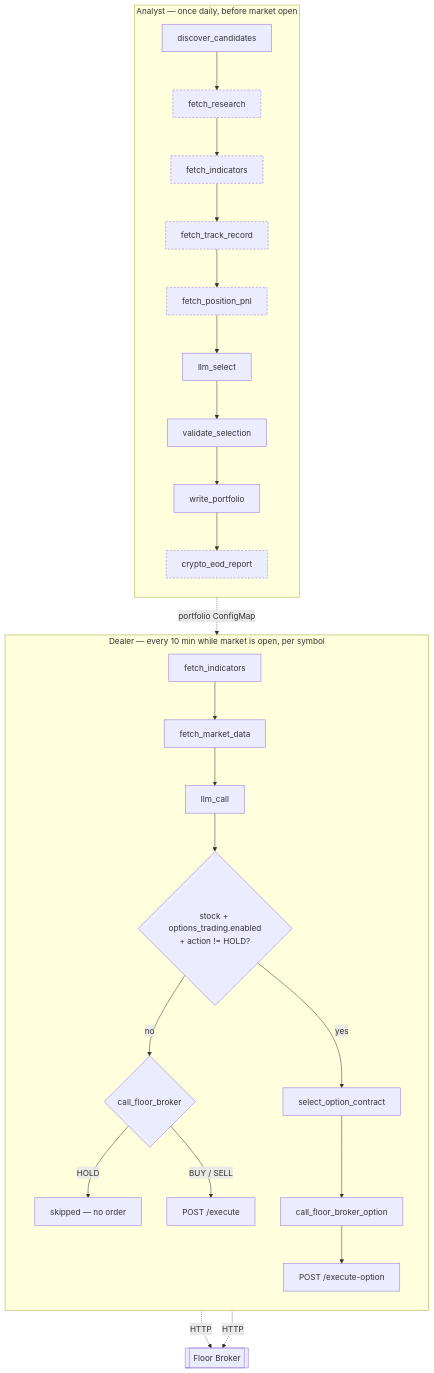
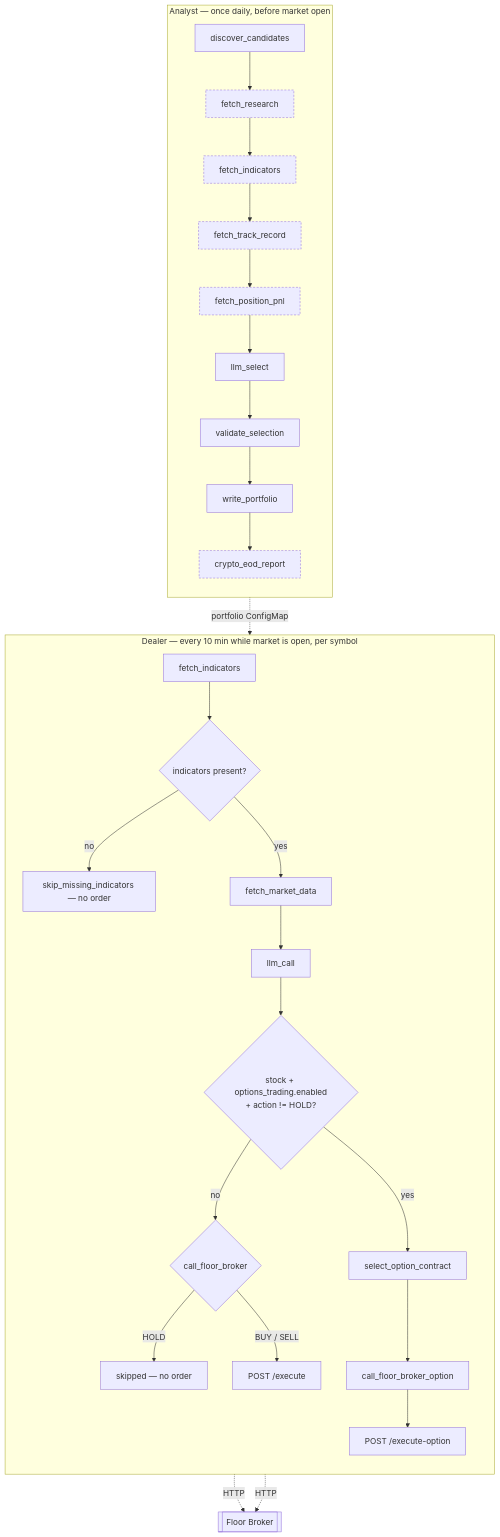
The diagram in README.md (miramar-labs-org/multi-agent-ai-trader), drawn with Mermaid before and after one commit.

Commit message:
docs: show skip_missing_indicators branch in README Dealer mermaid
The Dealer graph routes a missing-indicator result to the
skip_missing_indicators node (ends the cycle, no order) via
_route_after_indicators; the diagram previously drew fetch_indicators ->
fetch_market_data as unconditional.

Claude-Session: https://claude.ai/code/session_013T9HeZVGpm794Qa4yUU2Nj

````diff
--- a/README.md
+++ b/README.md
@@ -166,33 +166,35 @@
 ```mermaid
 flowchart TD
     subgraph Analyst["Analyst — once daily, before market open"]
         direction TB
         A1[discover_candidates] --> A2[fetch_research]
         A2 --> A3[fetch_indicators]
         A3 --> A4[fetch_track_record]
         A4 --> A5[fetch_position_pnl]
         A5 --> A6[llm_select]
         A6 --> A7[validate_selection]
         A7 --> A8[write_portfolio]
         A8 --> A9[crypto_eod_report]
     end
 
     subgraph Dealer["Dealer — every 10 min while market is open, per symbol"]
         direction TB
-        D1[fetch_indicators] --> D1b[fetch_market_data]
+        D1[fetch_indicators] --> D1a{indicators present?}
+        D1a -->|no| D1s["skip_missing_indicators — no order"]
+        D1a -->|yes| D1b[fetch_market_data]
         D1b --> D2[llm_call]
         D2 --> D3{"stock + options_trading.enabled<br/>+ action != HOLD?"}
         D3 -->|no| D6{call_floor_broker}
         D6 -->|HOLD| D4["skipped — no order"]
         D6 -->|BUY / SELL| D5["POST /execute"]
         D3 -->|yes| D7[select_option_contract] --> D8[call_floor_broker_option]
         D8 --> D9["POST /execute-option"]
     end
 
     A8 -.->|portfolio ConfigMap| D1
     D5 -.->|HTTP| FB[[Floor Broker]]
     D9 -.->|HTTP| FB
 
     classDef gated stroke-dasharray: 4 3
     class A2,A3,A4,A5,A9 gated
 ```
````
